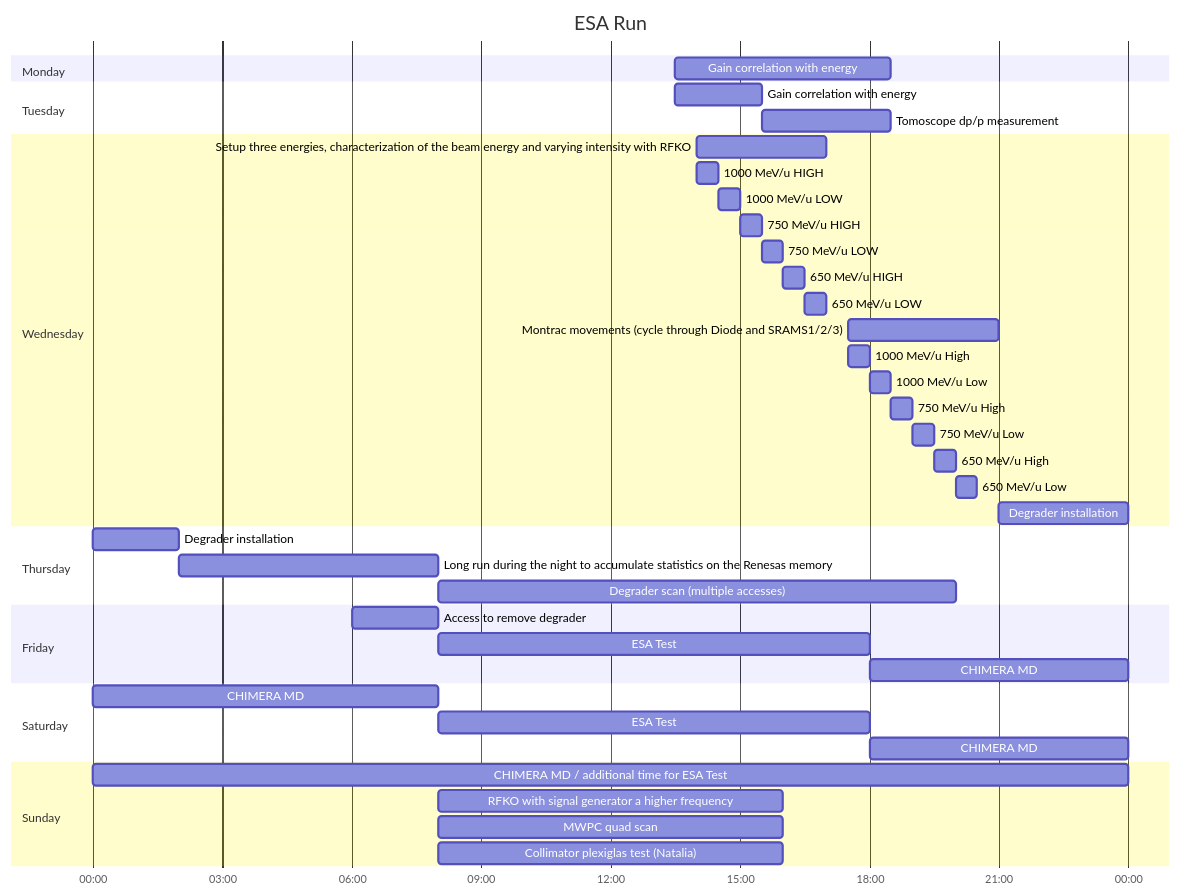
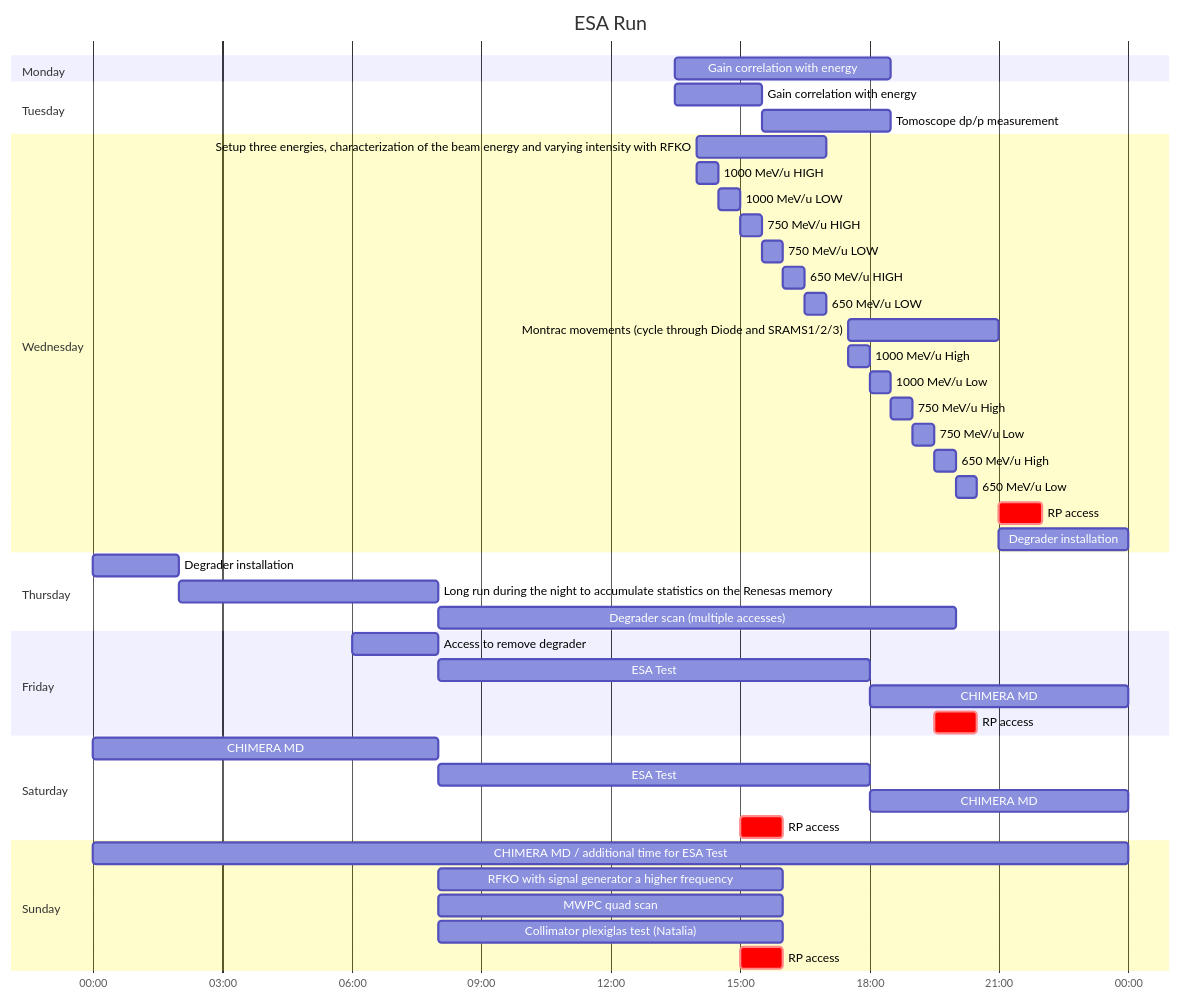
One commit to eliottjohnson/Obsidian-Vault changed the diagram in Fellowship/CHIMERA/ESA Ion Run 2022.md. Above: the diagram before and after it, drawn with Mermaid. The commit also changed other lines of this file and 1 other file, not shown here.

Commit message:
PC vault backup: 2022-11-22 17:02:11
Affected files:
.obsidian/workspace.json
Fellowship/CHIMERA/ESA Ion Run 2022.md

````diff
--- a/Fellowship/CHIMERA/ESA Ion Run 2022.md
+++ b/Fellowship/CHIMERA/ESA Ion Run 2022.md
@@ -182,6 +182,8 @@
 
     650 MeV/u Low: 20-00, 30m
 
+    RP access: crit, 21-00, 1h
+
   
 
     Degrader installation : 21-00, 3h
@@ -212,6 +214,10 @@
 
   
 
+    RP access: crit, 19-30, 1h
+
+  
+
     section Saturday
 
     CHIMERA MD: 00-00, 8h
@@ -219,6 +225,10 @@
     ESA Test: 08-00, 10h
 
     CHIMERA MD: 18-00, 6h
+
+  
+
+    RP access: crit, 15-00, 1h
 
   
 
@@ -235,4 +245,8 @@
     MWPC quad scan: 08-00, 8h
 
     Collimator plexiglas test (Natalia): 08-00, 8h
+
+  
+
+     RP access: crit, 15-00, 1h
 ```
````
